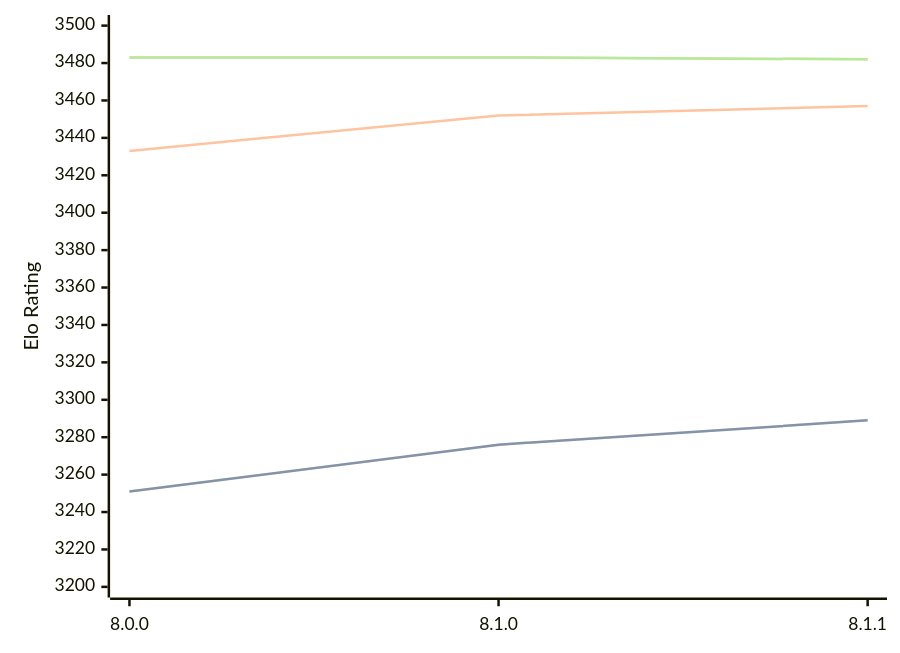
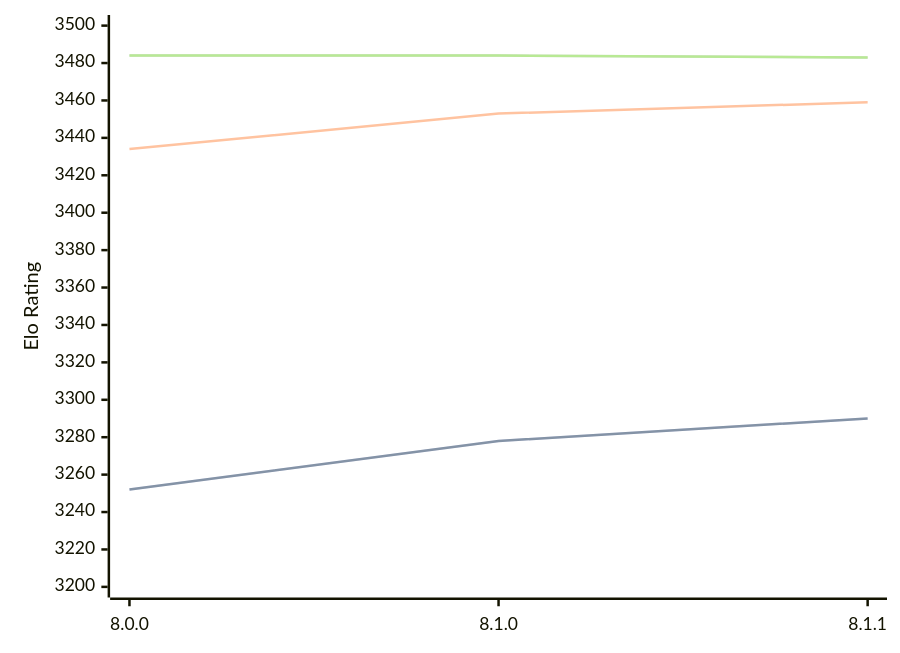
One commit to computer-chess-index/cci changed the diagram in engines/Velvet.md. Above: the diagram before and after it, drawn with Mermaid. The commit also changed other lines of this file, not shown here.

Commit message:
Update CCI Ratings (ELO VLTC) - 2026-10-09

````diff
--- a/engines/Velvet.md
+++ b/engines/Velvet.md
@@ -33,11 +33,11 @@
 ```mermaid
 %%{init: {"theme":"base","themeVariables":{"seriesColors:['#a3a3a3','#222221','#faa371']}}}%%
 xychart-beta
   x-axis ["8.0.0", "8.1.0", "8.1.1"]
   y-axis "Elo Rating" 3200 --> 3500
-  line "" [3251, 3276, 3289]
-  line "STC (8.0+0.08s)" [3251, 3276, 3289]
-  line "LTC (60.0+0.60s)" [3433, 3452, 3457]
-  line "" [3483, 3483, 3482]
-  line "VLTC (2m24s+1.12s)" [3483, 3483, 3482]
+  line "" [3252, 3278, 3290]
+  line "STC (8.0+0.08s)" [3252, 3278, 3290]
+  line "LTC (60.0+0.60s)" [3434, 3453, 3459]
+  line "" [3484, 3484, 3483]
+  line "VLTC (2m24s+1.12s)" [3484, 3484, 3483]
 ```
````
